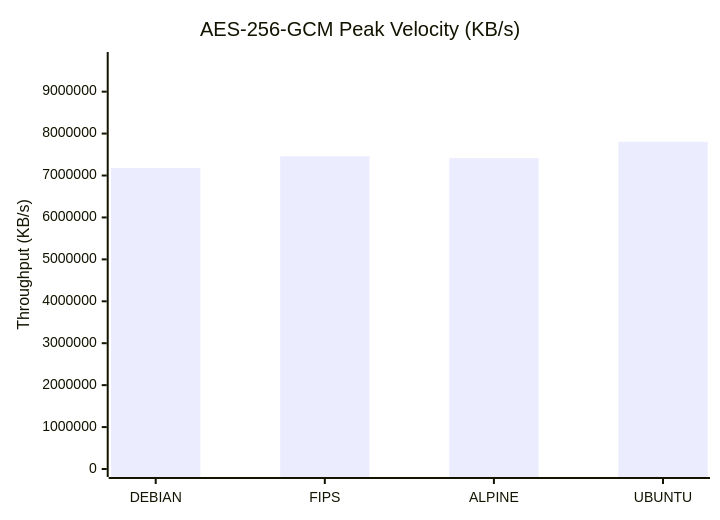
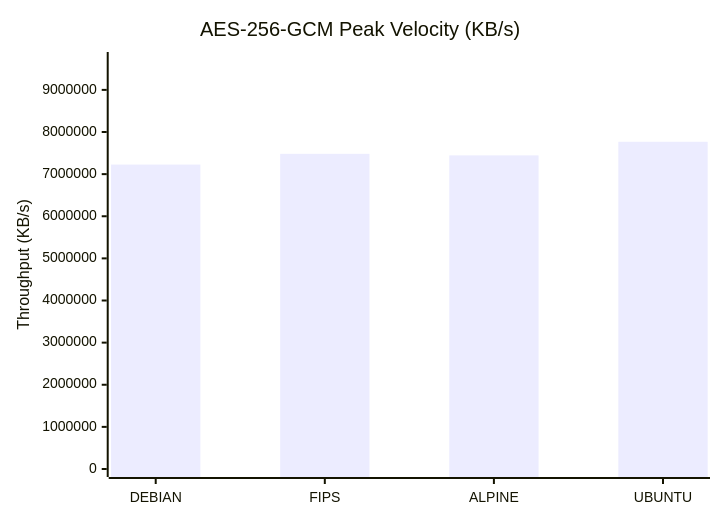
Before and after one commit to taha2samy/openssl_fips: the first of 9 diagrams in docs/Comparison_Report.md, drawn with Mermaid. The commit also changed other lines of this file and 2 other files, not shown here.

````diff
--- a/docs/Comparison_Report.md
+++ b/docs/Comparison_Report.md
@@ -56,7 +56,7 @@
 ```mermaid
 xychart-beta
     title "AES-256-GCM Peak Velocity (KB/s)"
     x-axis [DEBIAN, FIPS, ALPINE, UBUNTU]
-    y-axis "Throughput (KB/s)" 0 --> 9755115
-    bar [7179509.76, 7458267.14, 7414800.38, 7804092.42]
+    y-axis "Throughput (KB/s)" 0 --> 9709457
+    bar [7226982.4, 7481878.12, 7444609.43, 7767565.93]
 ```
````
